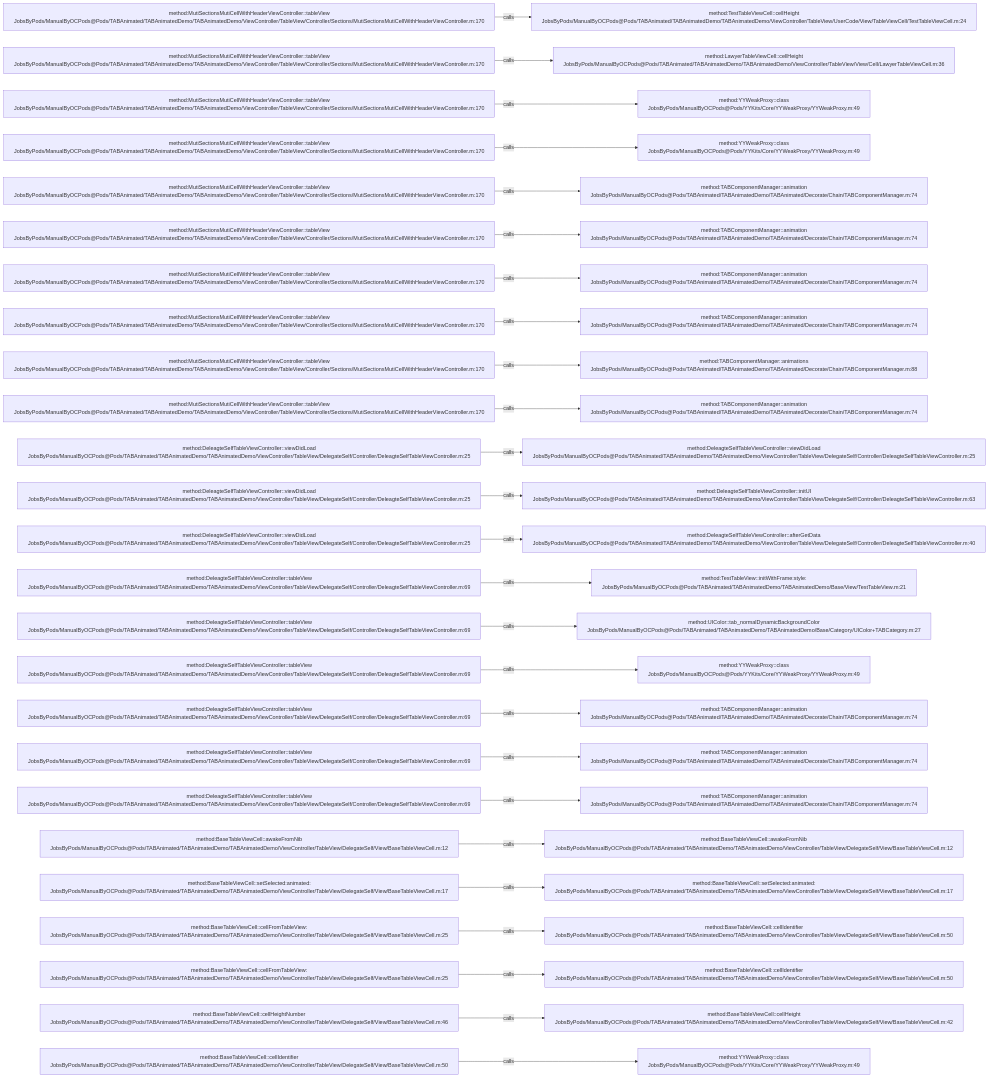
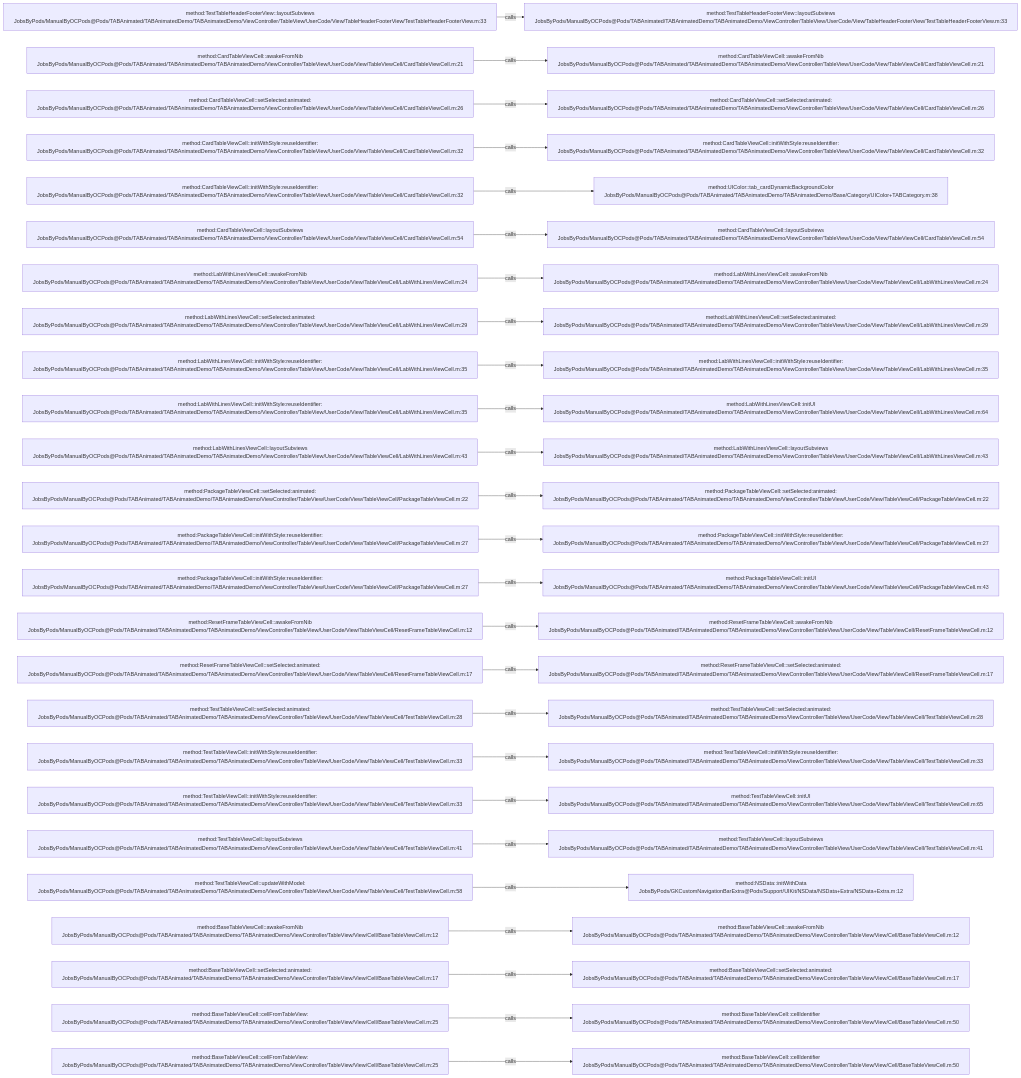
The diagram in .codegraph/codegraph.md/graphs/calls-064.md (JobsKits/JobsOCBaseConfigDemo), drawn with Mermaid before and after one commit. The commit also changed 1353 other files, not shown here.

````diff
--- a/.codegraph/codegraph.md/graphs/calls-064.md
+++ b/.codegraph/codegraph.md/graphs/calls-064.md
@@ -13,78 +13,78 @@
 ```mermaid
 flowchart LR
-  S1["method:MutiSectionsMutiCellWithHeaderViewController::tableView<br/>JobsByPods/ManualByOCPods@Pods/TABAnimated/TABAnimatedDemo/TABAnimatedDemo/ViewController/TableView/Controller/Sections/MutiSectionsMutiCellWithHeaderViewController.m:170"]
-  T1["method:TestTableViewCell::cellHeight<br/>JobsByPods/ManualByOCPods@Pods/TABAnimated/TABAnimatedDemo/TABAnimatedDemo/ViewController/TableView/UserCode/View/TableViewCell/TestTableViewCell.m:24"]
+  S1["method:TestTableHeaderFooterView::layoutSubviews<br/>JobsByPods/ManualByOCPods@Pods/TABAnimated/TABAnimatedDemo/TABAnimatedDemo/ViewController/TableView/UserCode/View/TableHeaderFooterView/TestTableHeaderFooterView.m:33"]
+  T1["method:TestTableHeaderFooterView::layoutSubviews<br/>JobsByPods/ManualByOCPods@Pods/TABAnimated/TABAnimatedDemo/TABAnimatedDemo/ViewController/TableView/UserCode/View/TableHeaderFooterView/TestTableHeaderFooterView.m:33"]
   S1 -->|calls| T1
-  S2["method:MutiSectionsMutiCellWithHeaderViewController::tableView<br/>JobsByPods/ManualByOCPods@Pods/TABAnimated/TABAnimatedDemo/TABAnimatedDemo/ViewController/TableView/Controller/Sections/MutiSectionsMutiCellWithHeaderViewController.m:170"]
-  T2["method:LawyerTableViewCell::cellHeight<br/>JobsByPods/ManualByOCPods@Pods/TABAnimated/TABAnimatedDemo/TABAnimatedDemo/ViewController/TableView/View/Cell/LawyerTableViewCell.m:36"]
+  S2["method:CardTableViewCell::awakeFromNib<br/>JobsByPods/ManualByOCPods@Pods/TABAnimated/TABAnimatedDemo/TABAnimatedDemo/ViewController/TableView/UserCode/View/TableViewCell/CardTableViewCell.m:21"]
+  T2["method:CardTableViewCell::awakeFromNib<br/>JobsByPods/ManualByOCPods@Pods/TABAnimated/TABAnimatedDemo/TABAnimatedDemo/ViewController/TableView/UserCode/View/TableViewCell/CardTableViewCell.m:21"]
   S2 -->|calls| T2
-  S3["method:MutiSectionsMutiCellWithHeaderViewController::tableView<br/>JobsByPods/ManualByOCPods@Pods/TABAnimated/TABAnimatedDemo/TABAnimatedDemo/ViewController/TableView/Controller/Sections/MutiSectionsMutiCellWithHeaderViewController.m:170"]
-  T3["method:YYWeakProxy::class<br/>JobsByPods/ManualByOCPods@Pods/YYKits/Core/YYWeakProxy/YYWeakProxy.m:49"]
+  S3["method:CardTableViewCell::setSelected:animated:<br/>JobsByPods/ManualByOCPods@Pods/TABAnimated/TABAnimatedDemo/TABAnimatedDemo/ViewController/TableView/UserCode/View/TableViewCell/CardTableViewCell.m:26"]
+  T3["method:CardTableViewCell::setSelected:animated:<br/>JobsByPods/ManualByOCPods@Pods/TABAnimated/TABAnimatedDemo/TABAnimatedDemo/ViewController/TableView/UserCode/View/TableViewCell/CardTableViewCell.m:26"]
   S3 -->|calls| T3
-  S4["method:MutiSectionsMutiCellWithHeaderViewController::tableView<br/>JobsByPods/ManualByOCPods@Pods/TABAnimated/TABAnimatedDemo/TABAnimatedDemo/ViewController/TableView/Controller/Sections/MutiSectionsMutiCellWithHeaderViewController.m:170"]
-  T4["method:YYWeakProxy::class<br/>JobsByPods/ManualByOCPods@Pods/YYKits/Core/YYWeakProxy/YYWeakProxy.m:49"]
+  S4["method:CardTableViewCell::initWithStyle:reuseIdentifier:<br/>JobsByPods/ManualByOCPods@Pods/TABAnimated/TABAnimatedDemo/TABAnimatedDemo/ViewController/TableView/UserCode/View/TableViewCell/CardTableViewCell.m:32"]
+  T4["method:CardTableViewCell::initWithStyle:reuseIdentifier:<br/>JobsByPods/ManualByOCPods@Pods/TABAnimated/TABAnimatedDemo/TABAnimatedDemo/ViewController/TableView/UserCode/View/TableViewCell/CardTableViewCell.m:32"]
   S4 -->|calls| T4
-  S5["method:MutiSectionsMutiCellWithHeaderViewController::tableView<br/>JobsByPods/ManualByOCPods@Pods/TABAnimated/TABAnimatedDemo/TABAnimatedDemo/ViewController/TableView/Controller/Sections/MutiSectionsMutiCellWithHeaderViewController.m:170"]
-  T5["method:TABComponentManager::animation<br/>JobsByPods/ManualByOCPods@Pods/TABAnimated/TABAnimatedDemo/TABAnimated/Decorate/Chain/TABComponentManager.m:74"]
+  S5["method:CardTableViewCell::initWithStyle:reuseIdentifier:<br/>JobsByPods/ManualByOCPods@Pods/TABAnimated/TABAnimatedDemo/TABAnimatedDemo/ViewController/TableView/UserCode/View/TableViewCell/CardTableViewCell.m:32"]
+  T5["method:UIColor::tab_cardDynamicBackgroundColor<br/>JobsByPods/ManualByOCPods@Pods/TABAnimated/TABAnimatedDemo/TABAnimatedDemo/Base/Category/UIColor+TABCategory.m:38"]
   S5 -->|calls| T5
-  S6["method:MutiSectionsMutiCellWithHeaderViewController::tableView<br/>JobsByPods/ManualByOCPods@Pods/TABAnimated/TABAnimatedDemo/TABAnimatedDemo/ViewController/TableView/Controller/Sections/MutiSectionsMutiCellWithHeaderViewController.m:170"]
-  T6["method:TABComponentManager::animation<br/>JobsByPods/ManualByOCPods@Pods/TABAnimated/TABAnimatedDemo/TABAnimated/Decorate/Chain/TABComponentManager.m:74"]
+  S6["method:CardTableViewCell::layoutSubviews<br/>JobsByPods/ManualByOCPods@Pods/TABAnimated/TABAnimatedDemo/TABAnimatedDemo/ViewController/TableView/UserCode/View/TableViewCell/CardTableViewCell.m:54"]
+  T6["method:CardTableViewCell::layoutSubviews<br/>JobsByPods/ManualByOCPods@Pods/TABAnimated/TABAnimatedDemo/TABAnimatedDemo/ViewController/TableView/UserCode/View/TableViewCell/CardTableViewCell.m:54"]
   S6 -->|calls| T6
-  S7["method:MutiSectionsMutiCellWithHeaderViewController::tableView<br/>JobsByPods/ManualByOCPods@Pods/TABAnimated/TABAnimatedDemo/TABAnimatedDemo/ViewController/TableView/Controller/Sections/MutiSectionsMutiCellWithHeaderViewController.m:170"]
-  T7["method:TABComponentManager::animation<br/>JobsByPods/ManualByOCPods@Pods/TABAnimated/TABAnimatedDemo/TABAnimated/Decorate/Chain/TABComponentManager.m:74"]
+  S7["method:LabWithLinesViewCell::awakeFromNib<br/>JobsByPods/ManualByOCPods@Pods/TABAnimated/TABAnimatedDemo/TABAnimatedDemo/ViewController/TableView/UserCode/View/TableViewCell/LabWithLinesViewCell.m:24"]
+  T7["method:LabWithLinesViewCell::awakeFromNib<br/>JobsByPods/ManualByOCPods@Pods/TABAnimated/TABAnimatedDemo/TABAnimatedDemo/ViewController/TableView/UserCode/View/TableViewCell/LabWithLinesViewCell.m:24"]
   S7 -->|calls| T7
-  S8["method:MutiSectionsMutiCellWithHeaderViewController::tableView<br/>JobsByPods/ManualByOCPods@Pods/TABAnimated/TABAnimatedDemo/TABAnimatedDemo/ViewController/TableView/Controller/Sections/MutiSectionsMutiCellWithHeaderViewController.m:170"]
-  T8["method:TABComponentManager::animation<br/>JobsByPods/ManualByOCPods@Pods/TABAnimated/TABAnimatedDemo/TABAnimated/Decorate/Chain/TABComponentManager.m:74"]
+  S8["method:LabWithLinesViewCell::setSelected:animated:<br/>JobsByPods/ManualByOCPods@Pods/TABAnimated/TABAnimatedDemo/TABAnimatedDemo/ViewController/TableView/UserCode/View/TableViewCell/LabWithLinesViewCell.m:29"]
+  T8["method:LabWithLinesViewCell::setSelected:animated:<br/>JobsByPods/ManualByOCPods@Pods/TABAnimated/TABAnimatedDemo/TABAnimatedDemo/ViewController/TableView/UserCode/View/TableViewCell/LabWithLinesViewCell.m:29"]
   S8 -->|calls| T8
-  S9["method:MutiSectionsMutiCellWithHeaderViewController::tableView<br/>JobsByPods/ManualByOCPods@Pods/TABAnimated/TABAnimatedDemo/TABAnimatedDemo/ViewController/TableView/Controller/Sections/MutiSectionsMutiCellWithHeaderViewController.m:170"]
-  T9["method:TABComponentManager::animations<br/>JobsByPods/ManualByOCPods@Pods/TABAnimated/TABAnimatedDemo/TABAnimated/Decorate/Chain/TABComponentManager.m:88"]
+  S9["method:LabWithLinesViewCell::initWithStyle:reuseIdentifier:<br/>JobsByPods/ManualByOCPods@Pods/TABAnimated/TABAnimatedDemo/TABAnimatedDemo/ViewController/TableView/UserCode/View/TableViewCell/LabWithLinesViewCell.m:35"]
+  T9["method:LabWithLinesViewCell::initWithStyle:reuseIdentifier:<br/>JobsByPods/ManualByOCPods@Pods/TABAnimated/TABAnimatedDemo/TABAnimatedDemo/ViewController/TableView/UserCode/View/TableViewCell/LabWithLinesViewCell.m:35"]
   S9 -->|calls| T9
-  S10["method:MutiSectionsMutiCellWithHeaderViewController::tableView<br/>JobsByPods/ManualByOCPods@Pods/TABAnimated/TABAnimatedDemo/TABAnimatedDemo/ViewController/TableView/Controller/Sections/MutiSectionsMutiCellWithHeaderViewController.m:170"]
-  T10["method:TABComponentManager::animation<br/>JobsByPods/ManualByOCPods@Pods/TABAnimated/TABAnimatedDemo/TABAnimated/Decorate/Chain/TABComponentManager.m:74"]
+  S10["method:LabWithLinesViewCell::initWithStyle:reuseIdentifier:<br/>JobsByPods/ManualByOCPods@Pods/TABAnimated/TABAnimatedDemo/TABAnimatedDemo/ViewController/TableView/UserCode/View/TableViewCell/LabWithLinesViewCell.m:35"]
+  T10["method:LabWithLinesViewCell::initUI<br/>JobsByPods/ManualByOCPods@Pods/TABAnimated/TABAnimatedDemo/TABAnimatedDemo/ViewController/TableView/UserCode/View/TableViewCell/LabWithLinesViewCell.m:64"]
   S10 -->|calls| T10
-  S11["method:DeleagteSelfTableViewController::viewDidLoad<br/>JobsByPods/ManualByOCPods@Pods/TABAnimated/TABAnimatedDemo/TABAnimatedDemo/ViewController/TableView/DelegateSelf/Controller/DeleagteSelfTableViewController.m:25"]
-  T11["method:DeleagteSelfTableViewController::viewDidLoad<br/>JobsByPods/ManualByOCPods@Pods/TABAnimated/TABAnimatedDemo/TABAnimatedDemo/ViewController/TableView/DelegateSelf/Controller/DeleagteSelfTableViewController.m:25"]
+  S11["method:LabWithLinesViewCell::layoutSubviews<br/>JobsByPods/ManualByOCPods@Pods/TABAnimated/TABAnimatedDemo/TABAnimatedDemo/ViewController/TableView/UserCode/View/TableViewCell/LabWithLinesViewCell.m:43"]
+  T11["method:LabWithLinesViewCell::layoutSubviews<br/>JobsByPods/ManualByOCPods@Pods/TABAnimated/TABAnimatedDemo/TABAnimatedDemo/ViewController/TableView/UserCode/View/TableViewCell/LabWithLinesViewCell.m:43"]
   S11 -->|calls| T11
-  S12["method:DeleagteSelfTableViewController::viewDidLoad<br/>JobsByPods/ManualByOCPods@Pods/TABAnimated/TABAnimatedDemo/TABAnimatedDemo/ViewController/TableView/DelegateSelf/Controller/DeleagteSelfTableViewController.m:25"]
-  T12["method:DeleagteSelfTableViewController::initUI<br/>JobsByPods/ManualByOCPods@Pods/TABAnimated/TABAnimatedDemo/TABAnimatedDemo/ViewController/TableView/DelegateSelf/Controller/DeleagteSelfTableViewController.m:63"]
+  S12["method:PackageTableViewCell::setSelected:animated:<br/>JobsByPods/ManualByOCPods@Pods/TABAnimated/TABAnimatedDemo/TABAnimatedDemo/ViewController/TableView/UserCode/View/TableViewCell/PackageTableViewCell.m:22"]
+  T12["method:PackageTableViewCell::setSelected:animated:<br/>JobsByPods/ManualByOCPods@Pods/TABAnimated/TABAnimatedDemo/TABAnimatedDemo/ViewController/TableView/UserCode/View/TableViewCell/PackageTableViewCell.m:22"]
   S12 -->|calls| T12
-  S13["method:DeleagteSelfTableViewController::viewDidLoad<br/>JobsByPods/ManualByOCPods@Pods/TABAnimated/TABAnimatedDemo/TABAnimatedDemo/ViewController/TableView/DelegateSelf/Controller/DeleagteSelfTableViewController.m:25"]
-  T13["method:DeleagteSelfTableViewController::afterGetData<br/>JobsByPods/ManualByOCPods@Pods/TABAnimated/TABAnimatedDemo/TABAnimatedDemo/ViewController/TableView/DelegateSelf/Controller/DeleagteSelfTableViewController.m:40"]
+  S13["method:PackageTableViewCell::initWithStyle:reuseIdentifier:<br/>JobsByPods/ManualByOCPods@Pods/TABAnimated/TABAnimatedDemo/TABAnimatedDemo/ViewController/TableView/UserCode/View/TableViewCell/PackageTableViewCell.m:27"]
+  T13["method:PackageTableViewCell::initWithStyle:reuseIdentifier:<br/>JobsByPods/ManualByOCPods@Pods/TABAnimated/TABAnimatedDemo/TABAnimatedDemo/ViewController/TableView/UserCode/View/TableViewCell/PackageTableViewCell.m:27"]
   S13 -->|calls| T13
-  S14["method:DeleagteSelfTableViewController::tableView<br/>JobsByPods/ManualByOCPods@Pods/TABAnimated/TABAnimatedDemo/TABAnimatedDemo/ViewController/TableView/DelegateSelf/Controller/DeleagteSelfTableViewController.m:69"]
-  T14["method:TestTableView::initWithFrame:style:<br/>JobsByPods/ManualByOCPods@Pods/TABAnimated/TABAnimatedDemo/TABAnimatedDemo/Base/View/TestTableView.m:21"]
+  S14["method:PackageTableViewCell::initWithStyle:reuseIdentifier:<br/>JobsByPods/ManualByOCPods@Pods/TABAnimated/TABAnimatedDemo/TABAnimatedDemo/ViewController/TableView/UserCode/View/TableViewCell/PackageTableViewCell.m:27"]
+  T14["method:PackageTableViewCell::initUI<br/>JobsByPods/ManualByOCPods@Pods/TABAnimated/TABAnimatedDemo/TABAnimatedDemo/ViewController/TableView/UserCode/View/TableViewCell/PackageTableViewCell.m:43"]
   S14 -->|calls| T14
-  S15["method:DeleagteSelfTableViewController::tableView<br/>JobsByPods/ManualByOCPods@Pods/TABAnimated/TABAnimatedDemo/TABAnimatedDemo/ViewController/TableView/DelegateSelf/Controller/DeleagteSelfTableViewController.m:69"]
-  T15["method:UIColor::tab_normalDynamicBackgroundColor<br/>JobsByPods/ManualByOCPods@Pods/TABAnimated/TABAnimatedDemo/TABAnimatedDemo/Base/Category/UIColor+TABCategory.m:27"]
+  S15["method:ResetFrameTableViewCell::awakeFromNib<br/>JobsByPods/ManualByOCPods@Pods/TABAnimated/TABAnimatedDemo/TABAnimatedDemo/ViewController/TableView/UserCode/View/TableViewCell/ResetFrameTableViewCell.m:12"]
+  T15["method:ResetFrameTableViewCell::awakeFromNib<br/>JobsByPods/ManualByOCPods@Pods/TABAnimated/TABAnimatedDemo/TABAnimatedDemo/ViewController/TableView/UserCode/View/TableViewCell/ResetFrameTableViewCell.m:12"]
   S15 -->|calls| T15
-  S16["method:DeleagteSelfTableViewController::tableView<br/>JobsByPods/ManualByOCPods@Pods/TABAnimated/TABAnimatedDemo/TABAnimatedDemo/ViewController/TableView/DelegateSelf/Controller/DeleagteSelfTableViewController.m:69"]
-  T16["method:YYWeakProxy::class<br/>JobsByPods/ManualByOCPods@Pods/YYKits/Core/YYWeakProxy/YYWeakProxy.m:49"]
+  S16["method:ResetFrameTableViewCell::setSelected:animated:<br/>JobsByPods/ManualByOCPods@Pods/TABAnimated/TABAnimatedDemo/TABAnimatedDemo/ViewController/TableView/UserCode/View/TableViewCell/ResetFrameTableViewCell.m:17"]
+  T16["method:ResetFrameTableViewCell::setSelected:animated:<br/>JobsByPods/ManualByOCPods@Pods/TABAnimated/TABAnimatedDemo/TABAnimatedDemo/ViewController/TableView/UserCode/View/TableViewCell/ResetFrameTableViewCell.m:17"]
   S16 -->|calls| T16
-  S17["method:DeleagteSelfTableViewController::tableView<br/>JobsByPods/ManualByOCPods@Pods/TABAnimated/TABAnimatedDemo/TABAnimatedDemo/ViewController/TableView/DelegateSelf/Controller/DeleagteSelfTableViewController.m:69"]
-  T17["method:TABComponentManager::animation<br/>JobsByPods/ManualByOCPods@Pods/TABAnimated/TABAnimatedDemo/TABAnimated/Decorate/Chain/TABComponentManager.m:74"]
+  S17["method:TestTableViewCell::setSelected:animated:<br/>JobsByPods/ManualByOCPods@Pods/TABAnimated/TABAnimatedDemo/TABAnimatedDemo/ViewController/TableView/UserCode/View/TableViewCell/TestTableViewCell.m:28"]
+  T17["method:TestTableViewCell::setSelected:animated:<br/>JobsByPods/ManualByOCPods@Pods/TABAnimated/TABAnimatedDemo/TABAnimatedDemo/ViewController/TableView/UserCode/View/TableViewCell/TestTableViewCell.m:28"]
   S17 -->|calls| T17
-  S18["method:DeleagteSelfTableViewController::tableView<br/>JobsByPods/ManualByOCPods@Pods/TABAnimated/TABAnimatedDemo/TABAnimatedDemo/ViewController/TableView/DelegateSelf/Controller/DeleagteSelfTableViewController.m:69"]
-  T18["method:TABComponentManager::animation<br/>JobsByPods/ManualByOCPods@Pods/TABAnimated/TABAnimatedDemo/TABAnimated/Decorate/Chain/TABComponentManager.m:74"]
+  S18["method:TestTableViewCell::initWithStyle:reuseIdentifier:<br/>JobsByPods/ManualByOCPods@Pods/TABAnimated/TABAnimatedDemo/TABAnimatedDemo/ViewController/TableView/UserCode/View/TableViewCell/TestTableViewCell.m:33"]
+  T18["method:TestTableViewCell::initWithStyle:reuseIdentifier:<br/>JobsByPods/ManualByOCPods@Pods/TABAnimated/TABAnimatedDemo/TABAnimatedDemo/ViewController/TableView/UserCode/View/TableViewCell/TestTableViewCell.m:33"]
   S18 -->|calls| T18
-  S19["method:DeleagteSelfTableViewController::tableView<br/>JobsByPods/ManualByOCPods@Pods/TABAnimated/TABAnimatedDemo/TABAnimatedDemo/ViewController/TableView/DelegateSelf/Controller/DeleagteSelfTableViewController.m:69"]
-  T19["method:TABComponentManager::animation<br/>JobsByPods/ManualByOCPods@Pods/TABAnimated/TABAnimatedDemo/TABAnimated/Decorate/Chain/TABComponentManager.m:74"]
+  S19["method:TestTableViewCell::initWithStyle:reuseIdentifier:<br/>JobsByPods/ManualByOCPods@Pods/TABAnimated/TABAnimatedDemo/TABAnimatedDemo/ViewController/TableView/UserCode/View/TableViewCell/TestTableViewCell.m:33"]
+  T19["method:TestTableViewCell::initUI<br/>JobsByPods/ManualByOCPods@Pods/TABAnimated/TABAnimatedDemo/TABAnimatedDemo/ViewController/TableView/UserCode/View/TableViewCell/TestTableViewCell.m:65"]
   S19 -->|calls| T19
-  S20["method:BaseTableViewCell::awakeFromNib<br/>JobsByPods/ManualByOCPods@Pods/TABAnimated/TABAnimatedDemo/TABAnimatedDemo/ViewController/TableView/DelegateSelf/View/BaseTableViewCell.m:12"]
-  T20["method:BaseTableViewCell::awakeFromNib<br/>JobsByPods/ManualByOCPods@Pods/TABAnimated/TABAnimatedDemo/TABAnimatedDemo/ViewController/TableView/DelegateSelf/View/BaseTableViewCell.m:12"]
+  S20["method:TestTableViewCell::layoutSubviews<br/>JobsByPods/ManualByOCPods@Pods/TABAnimated/TABAnimatedDemo/TABAnimatedDemo/ViewController/TableView/UserCode/View/TableViewCell/TestTableViewCell.m:41"]
+  T20["method:TestTableViewCell::layoutSubviews<br/>JobsByPods/ManualByOCPods@Pods/TABAnimated/TABAnimatedDemo/TABAnimatedDemo/ViewController/TableView/UserCode/View/TableViewCell/TestTableViewCell.m:41"]
   S20 -->|calls| T20
-  S21["method:BaseTableViewCell::setSelected:animated:<br/>JobsByPods/ManualByOCPods@Pods/TABAnimated/TABAnimatedDemo/TABAnimatedDemo/ViewController/TableView/DelegateSelf/View/BaseTableViewCell.m:17"]
-  T21["method:BaseTableViewCell::setSelected:animated:<br/>JobsByPods/ManualByOCPods@Pods/TABAnimated/TABAnimatedDemo/TABAnimatedDemo/ViewController/TableView/DelegateSelf/View/BaseTableViewCell.m:17"]
+  S21["method:TestTableViewCell::updateWithModel:<br/>JobsByPods/ManualByOCPods@Pods/TABAnimated/TABAnimatedDemo/TABAnimatedDemo/ViewController/TableView/UserCode/View/TableViewCell/TestTableViewCell.m:58"]
+  T21["method:NSData::initWithData<br/>JobsByPods/GKCustomNavigationBarExtra@Pods/Support/UIKit/NSData/NSData+Extra/NSData+Extra.m:12"]
   S21 -->|calls| T21
-  S22["method:BaseTableViewCell::cellFromTableView:<br/>JobsByPods/ManualByOCPods@Pods/TABAnimated/TABAnimatedDemo/TABAnimatedDemo/ViewController/TableView/DelegateSelf/View/BaseTableViewCell.m:25"]
-  T22["method:BaseTableViewCell::cellIdentifier<br/>JobsByPods/ManualByOCPods@Pods/TABAnimated/TABAnimatedDemo/TABAnimatedDemo/ViewController/TableView/DelegateSelf/View/BaseTableViewCell.m:50"]
+  S22["method:BaseTableViewCell::awakeFromNib<br/>JobsByPods/ManualByOCPods@Pods/TABAnimated/TABAnimatedDemo/TABAnimatedDemo/ViewController/TableView/View/Cell/BaseTableViewCell.m:12"]
+  T22["method:BaseTableViewCell::awakeFromNib<br/>JobsByPods/ManualByOCPods@Pods/TABAnimated/TABAnimatedDemo/TABAnimatedDemo/ViewController/TableView/View/Cell/BaseTableViewCell.m:12"]
   S22 -->|calls| T22
-  S23["method:BaseTableViewCell::cellFromTableView:<br/>JobsByPods/ManualByOCPods@Pods/TABAnimated/TABAnimatedDemo/TABAnimatedDemo/ViewController/TableView/DelegateSelf/View/BaseTableViewCell.m:25"]
-  T23["method:BaseTableViewCell::cellIdentifier<br/>JobsByPods/ManualByOCPods@Pods/TABAnimated/TABAnimatedDemo/TABAnimatedDemo/ViewController/TableView/DelegateSelf/View/BaseTableViewCell.m:50"]
+  S23["method:BaseTableViewCell::setSelected:animated:<br/>JobsByPods/ManualByOCPods@Pods/TABAnimated/TABAnimatedDemo/TABAnimatedDemo/ViewController/TableView/View/Cell/BaseTableViewCell.m:17"]
+  T23["method:BaseTableViewCell::setSelected:animated:<br/>JobsByPods/ManualByOCPods@Pods/TABAnimated/TABAnimatedDemo/TABAnimatedDemo/ViewController/TableView/View/Cell/BaseTableViewCell.m:17"]
   S23 -->|calls| T23
-  S24["method:BaseTableViewCell::cellHeightNumber<br/>JobsByPods/ManualByOCPods@Pods/TABAnimated/TABAnimatedDemo/TABAnimatedDemo/ViewController/TableView/DelegateSelf/View/BaseTableViewCell.m:46"]
-  T24["method:BaseTableViewCell::cellHeight<br/>JobsByPods/ManualByOCPods@Pods/TABAnimated/TABAnimatedDemo/TABAnimatedDemo/ViewController/TableView/DelegateSelf/View/BaseTableViewCell.m:42"]
+  S24["method:BaseTableViewCell::cellFromTableView:<br/>JobsByPods/ManualByOCPods@Pods/TABAnimated/TABAnimatedDemo/TABAnimatedDemo/ViewController/TableView/View/Cell/BaseTableViewCell.m:25"]
+  T24["method:BaseTableViewCell::cellIdentifier<br/>JobsByPods/ManualByOCPods@Pods/TABAnimated/TABAnimatedDemo/TABAnimatedDemo/ViewController/TableView/View/Cell/BaseTableViewCell.m:50"]
   S24 -->|calls| T24
-  S25["method:BaseTableViewCell::cellIdentifier<br/>JobsByPods/ManualByOCPods@Pods/TABAnimated/TABAnimatedDemo/TABAnimatedDemo/ViewController/TableView/DelegateSelf/View/BaseTableViewCell.m:50"]
-  T25["method:YYWeakProxy::class<br/>JobsByPods/ManualByOCPods@Pods/YYKits/Core/YYWeakProxy/YYWeakProxy.m:49"]
+  S25["method:BaseTableViewCell::cellFromTableView:<br/>JobsByPods/ManualByOCPods@Pods/TABAnimated/TABAnimatedDemo/TABAnimatedDemo/ViewController/TableView/View/Cell/BaseTableViewCell.m:25"]
+  T25["method:BaseTableViewCell::cellIdentifier<br/>JobsByPods/ManualByOCPods@Pods/TABAnimated/TABAnimatedDemo/TABAnimatedDemo/ViewController/TableView/View/Cell/BaseTableViewCell.m:50"]
   S25 -->|calls| T25
 ```
````
